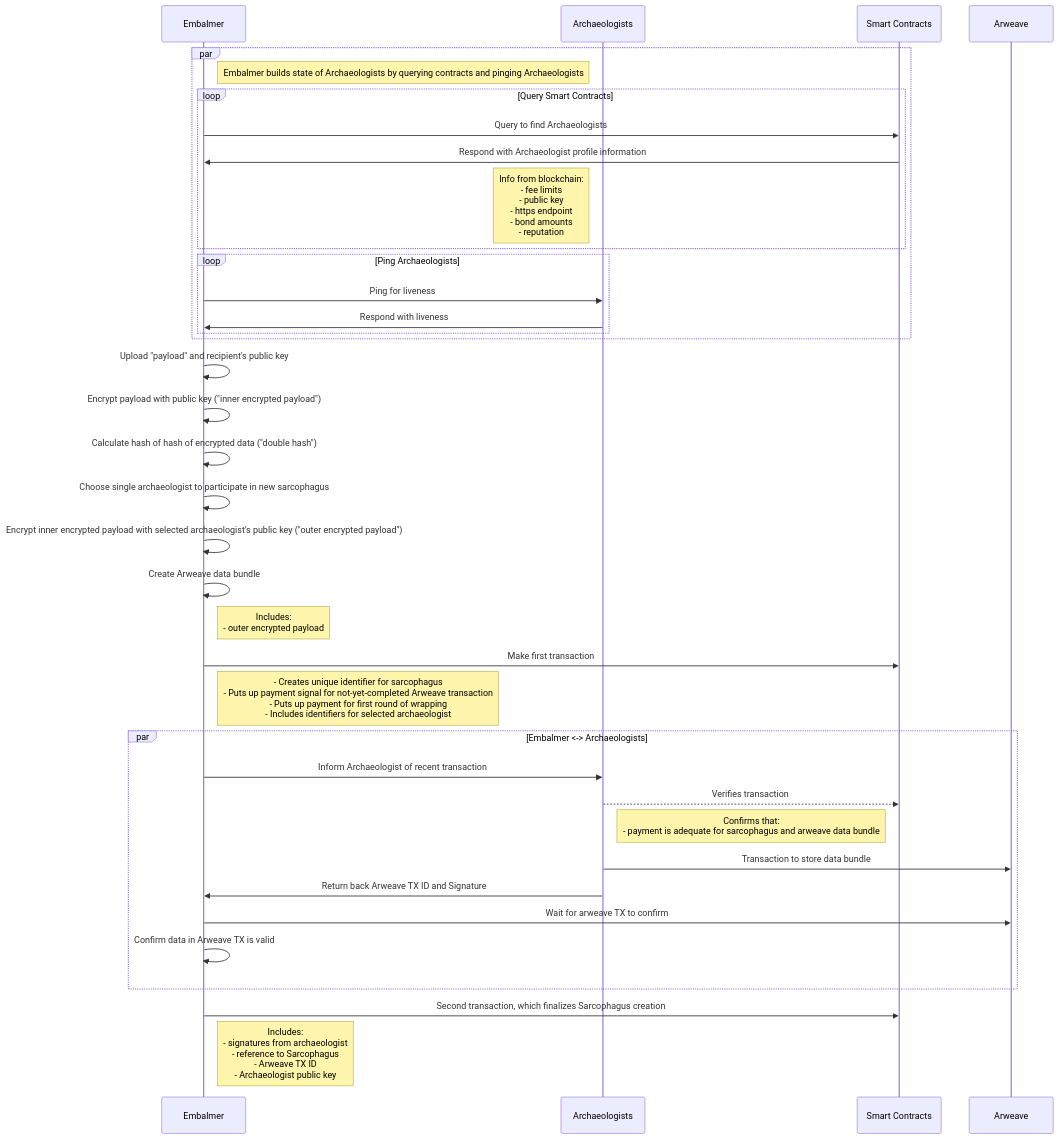
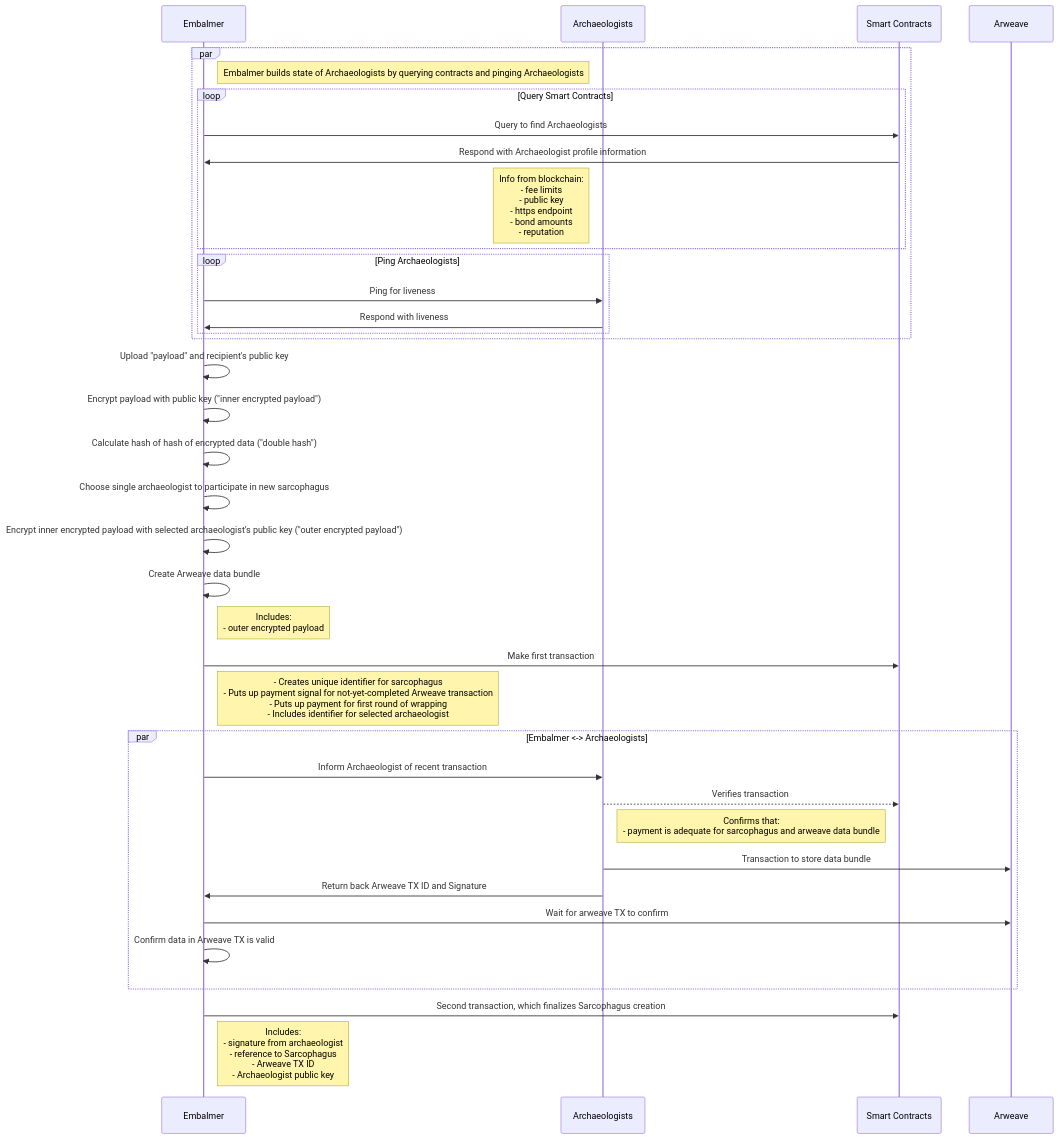
Before and after one commit to sarcophagus-org/sarcophagus-v2-specs: the diagram in v1/create-sarcophagus.md, drawn with Mermaid. The commit also changed 6 other files, not shown here.

Commit message:
add v1 diagrams. update spec doc further

````diff
--- a/v1/create-sarcophagus.md
+++ b/v1/create-sarcophagus.md
@@ -1,63 +1,63 @@
 ```mermaid
 sequenceDiagram
   participant Embalmer
   participant Archaeologists
   participant Smart Contracts
   participant Arweave
 
   par
     Note right of Embalmer: Embalmer builds state of Archaeologists by querying contracts and pinging Archaeologists
 
     loop Query Smart Contracts
       Embalmer->>Smart Contracts: Query to find Archaeologists
 
       Smart Contracts->>Embalmer: Respond with Archaeologist profile information
 
       Note left of Archaeologists: Info from blockchain:<br/>- fee limits<br/>- public key <br/>- https endpoint <br/>- bond amounts<br/>- reputation
     end
     
    loop Ping Archaeologists
       Embalmer->>Archaeologists: Ping for liveness
 
       Archaeologists->>Embalmer: Respond with liveness
     end
   end
 
   Embalmer->>Embalmer: Upload "payload" and recipient's public key
 
   Embalmer->>Embalmer: Encrypt payload with public key ("inner encrypted payload")
 
   Embalmer->>Embalmer: Calculate hash of hash of encrypted data ("double hash")
 
   Embalmer->>Embalmer: Choose single archaeologist to participate in new sarcophagus
 
   Embalmer->>Embalmer: Encrypt inner encrypted payload with selected archaeologist's public key ("outer encrypted payload")
 
   Embalmer->>Embalmer: Create Arweave data bundle
 
   Note right of Embalmer: Includes:<br/>- outer encrypted payload
 
   Embalmer->>Smart Contracts: Make first transaction
 
-  Note right of Embalmer:- Creates unique identifier for sarcophagus<br/>- Puts up payment signal for not-yet-completed Arweave transaction<br/>- Puts up payment for first round of wrapping<br/>- Includes identifiers for selected archaeologist
+  Note right of Embalmer:- Creates unique identifier for sarcophagus<br/>- Puts up payment signal for not-yet-completed Arweave transaction<br/>- Puts up payment for first round of wrapping<br/>- Includes identifier for selected archaeologist
 
   par Embalmer <-> Archaeologists
     Embalmer->>Archaeologists: Inform Archaeologist of recent transaction
 
     Archaeologists-->>Smart Contracts: Verifies transaction
 
     Note right of Archaeologists: Confirms that:<br/>- payment is adequate for sarcophagus and arweave data bundle
 
     Archaeologists->>Arweave: Transaction to store data bundle
 
     Archaeologists->>Embalmer: Return back Arweave TX ID and Signature
     
     Embalmer->>Arweave: Wait for arweave TX to confirm
 
     Embalmer->>Embalmer: Confirm data in Arweave TX is valid
   end
 
   Embalmer->>Smart Contracts: Second transaction, which finalizes Sarcophagus creation
 
-  Note right of Embalmer: Includes:<br/>- signatures from archaeologist<br/>- reference to Sarcophagus<br/>- Arweave TX ID <br/>- Archaeologist public key
+  Note right of Embalmer: Includes:<br/>- signature from archaeologist<br/>- reference to Sarcophagus<br/>- Arweave TX ID <br/>- Archaeologist public key
 ```
````
